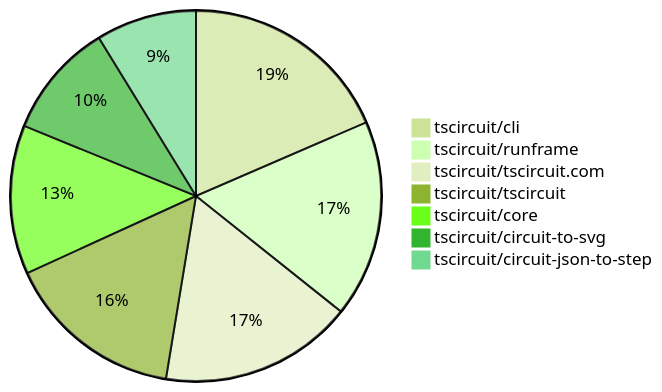
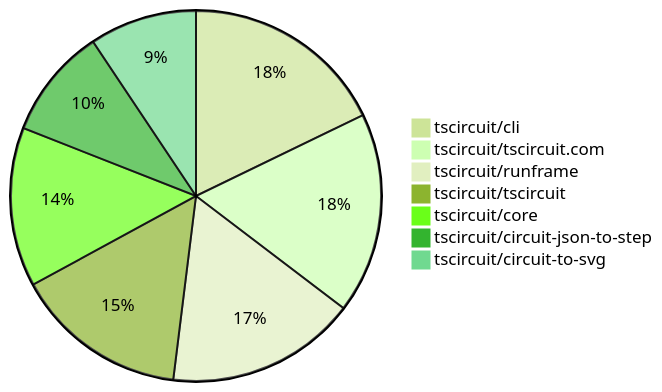
The second of 2 diagrams in README.md (tscircuit/contribution-tracker), drawn with Mermaid (forest theme) before and after one commit. The commit also changed other lines of this file and 3 other files, not shown here.

````diff
--- a/README.md
+++ b/README.md
@@ -133,10 +135,10 @@
 ```mermaid
 pie
-    "tscircuit/cli" : 57
-    "tscircuit/runframe" : 53
-    "tscircuit/tscircuit.com" : 52
-    "tscircuit/tscircuit" : 48
-    "tscircuit/core" : 40
+    "tscircuit/cli" : 59
+    "tscircuit/tscircuit.com" : 58
+    "tscircuit/runframe" : 55
+    "tscircuit/tscircuit" : 50
+    "tscircuit/core" : 46
+    "tscircuit/circuit-json-to-step" : 32
     "tscircuit/circuit-to-svg" : 31
-    "tscircuit/circuit-json-to-step" : 27
 ```
````
